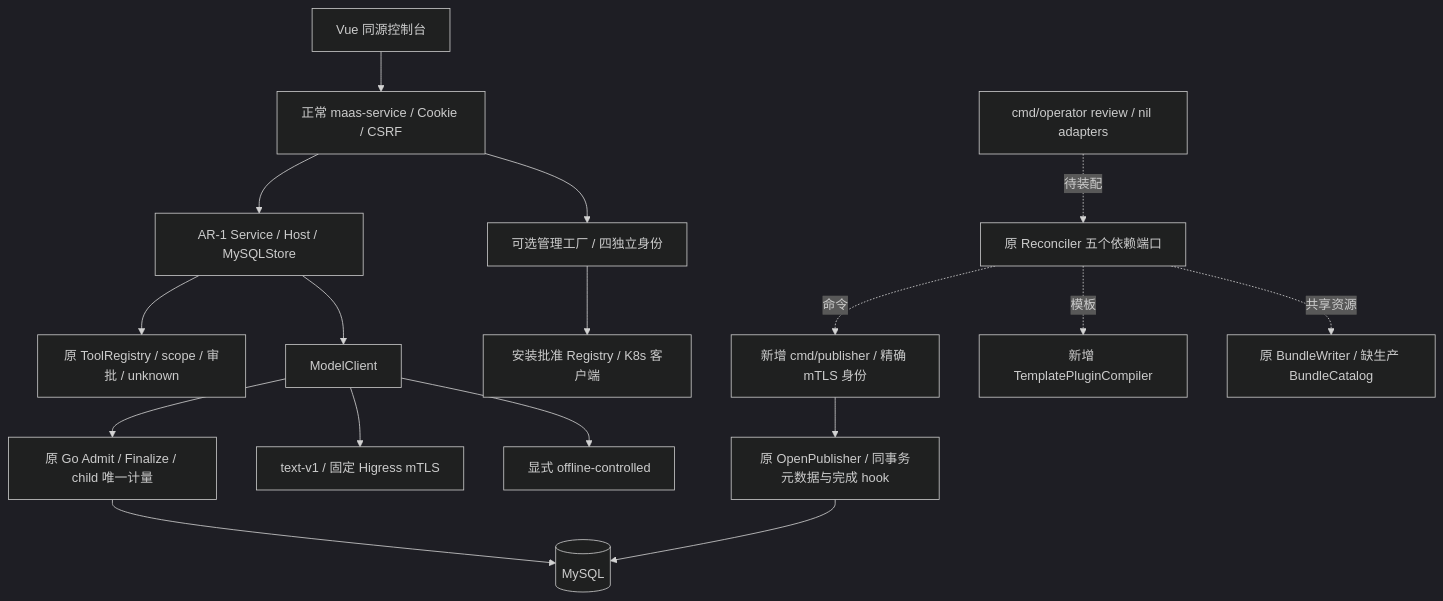
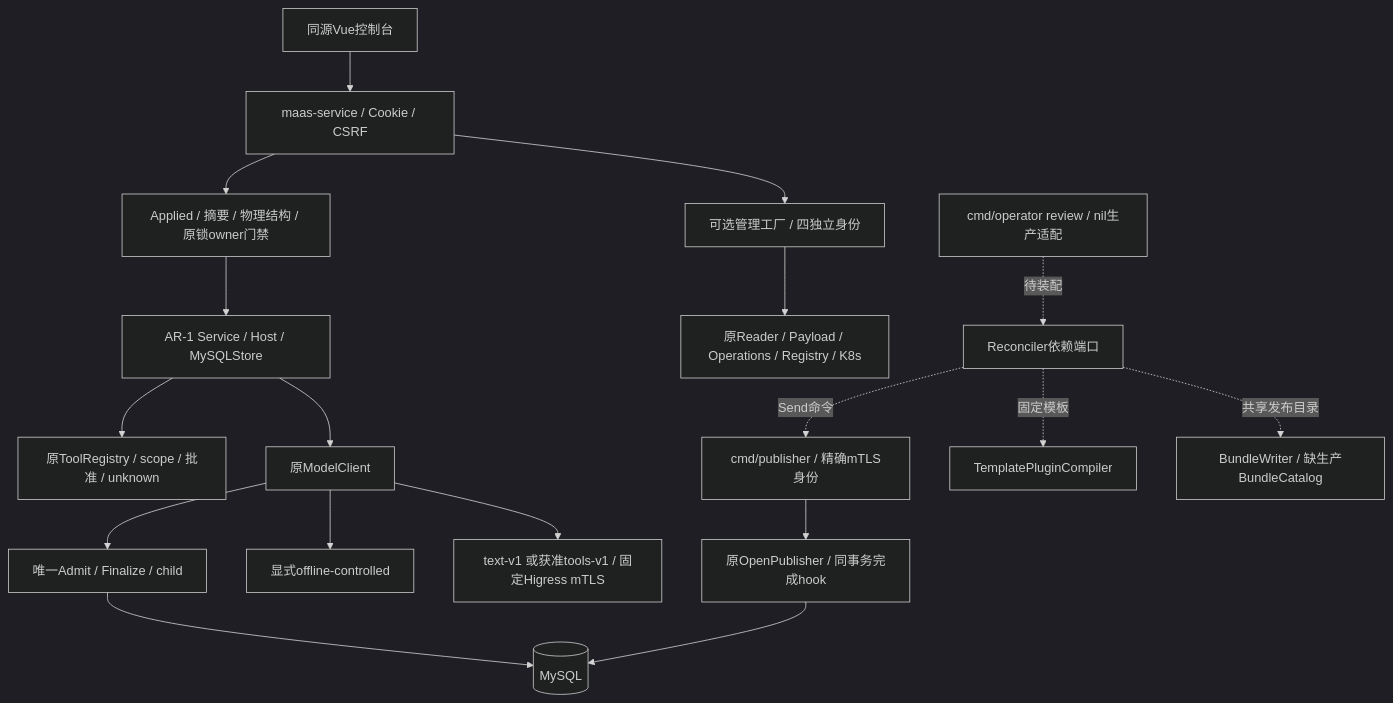
One commit to jianzi123/maas changed the diagram in docs/next-release-integration.md. Above: the diagram before and after it, drawn with Mermaid (dark theme). The commit also changed other lines of this file and 2 other files, not shown here.

Commit message:
docs: record combined tools UI evidence and open schema gate

````diff
--- a/docs/next-release-integration.md
+++ b/docs/next-release-integration.md
@@ -48,19 +24,20 @@
 ```mermaid
 flowchart TD
-  UI[Vue 同源控制台] --> API[正常 maas-service / Cookie / CSRF]
-  API --> AR[AR-1 Service / Host / MySQLStore]
-  AR --> TOOLS[原 ToolRegistry / scope / 审批 / unknown]
-  AR --> MC[ModelClient]
-  MC --> LEDGER[原 Go Admit / Finalize / child 唯一计量]
-  LEDGER --> DB[(MySQL)]
-  MC --> TEXT[text-v1 / 固定 Higress mTLS]
-  MC --> OFF[显式 offline-controlled]
-  API --> MGT[可选管理工厂 / 四独立身份]
-  MGT --> REG[安装批准 Registry / K8s 客户端]
-  OPER[cmd/operator review / nil adapters] -.待装配.-> REC[原 Reconciler 五个依赖端口]
-  REC -.命令.-> PUB[新增 cmd/publisher / 精确 mTLS 身份]
-  PUB --> STORE[原 OpenPublisher / 同事务元数据与完成 hook]
-  STORE --> DB
-  REC -.模板.-> PLUGIN[新增 TemplatePluginCompiler]
-  REC -.共享资源.-> BUNDLE[原 BundleWriter / 缺生产 BundleCatalog]
+  UI[同源Vue控制台] --> API[maas-service / Cookie / CSRF]
+  API --> GATE[Applied / 摘要 / 物理结构 / 原锁owner门禁]
+  GATE --> AR[AR-1 Service / Host / MySQLStore]
+  AR --> TOOL[原ToolRegistry / scope / 批准 / unknown]
+  AR --> MC[原ModelClient]
+  MC --> K[唯一Admit / Finalize / child]
+  K --> DB[(MySQL)]
+  MC --> OFF[显式offline-controlled]
+  MC --> H[text-v1 或获准tools-v1 / 固定Higress mTLS]
+  API --> M[可选管理工厂 / 四独立身份]
+  M --> R[原Reader / Payload / Operations / Registry / K8s]
+  O[cmd/operator review / nil生产适配] -.待装配.-> C[Reconciler依赖端口]
+  C -.Send命令.-> P[cmd/publisher / 精确mTLS身份]
+  P --> SQL[原OpenPublisher / 同事务完成hook]
+  SQL --> DB
+  C -.固定模板.-> T[TemplatePluginCompiler]
+  C -.共享发布目录.-> B[BundleWriter / 缺生产BundleCatalog]
 ```
````
